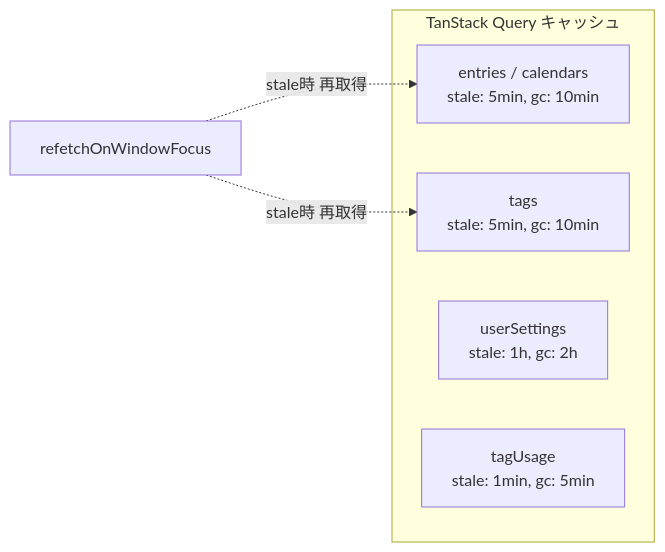
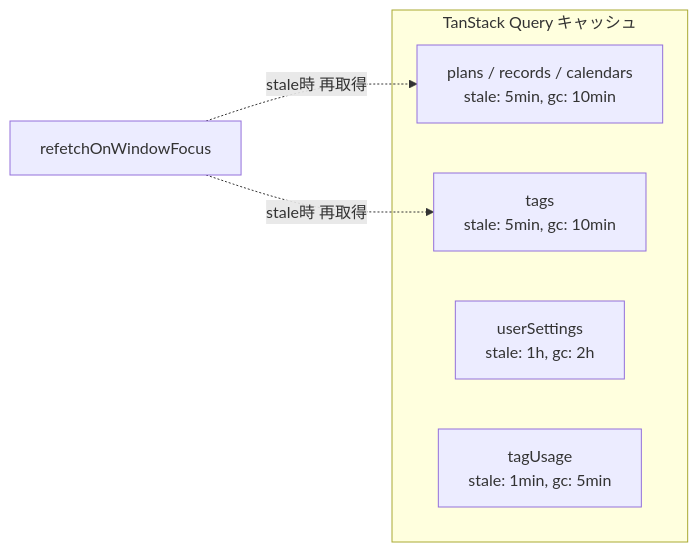
The fourth of 5 diagrams in docs/engineering/architecture.md (Dayopt/app), drawn with Mermaid before and after one commit. The commit also changed other lines of this file and 36 other files, not shown here.

````diff
--- a/docs/engineering/architecture.md
+++ b/docs/engineering/architecture.md
@@ -136,12 +136,12 @@
 ```mermaid
 graph LR
 subgraph Cache["TanStack Query キャッシュ"]
-E["entries / calendars<br/>stale: 5min, gc: 10min"]
+E["plans / records / calendars<br/>stale: 5min, gc: 10min"]
 T["tags<br/>stale: 5min, gc: 10min"]
 US["userSettings<br/>stale: 1h, gc: 2h"]
 TU["tagUsage<br/>stale: 1min, gc: 5min"]
 end
 
     WF["refetchOnWindowFocus"] -.->|"stale時 再取得"| E
     WF -.->|"stale時 再取得"| T
 ```
````
